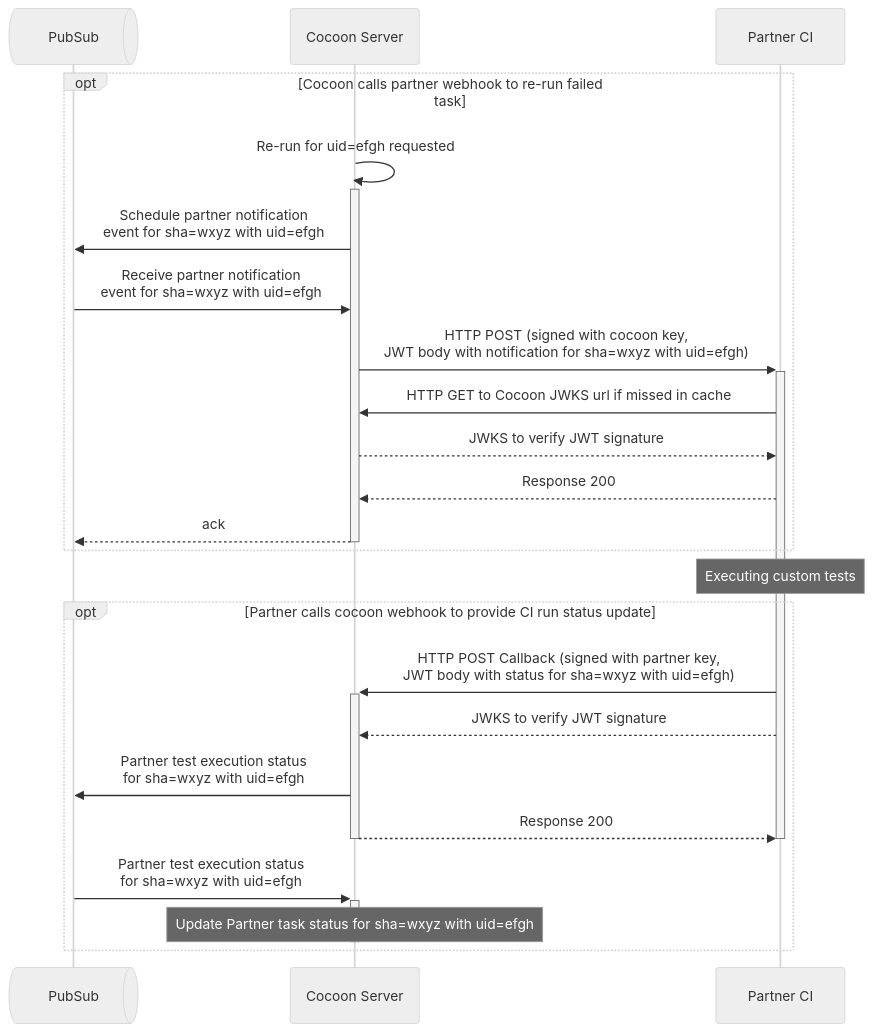
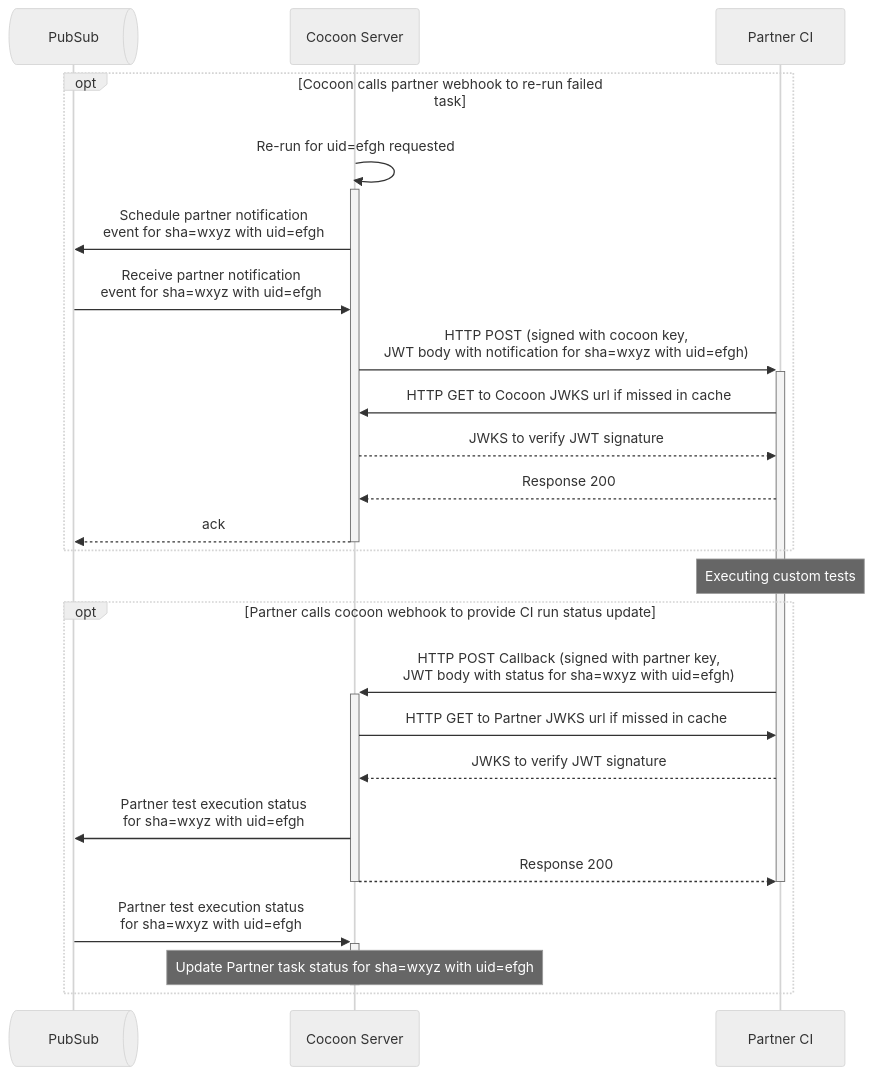
The seventh of 9 diagrams in rfc/610.0000-flutter-pluggable-ci.md (flutter/rfc), drawn with Mermaid (neutral theme) before and after one commit. The commit also changed other lines of this file, not shown here.

````diff
--- a/rfc/610.0000-flutter-pluggable-ci.md
+++ b/rfc/610.0000-flutter-pluggable-ci.md
@@ -229,31 +229,32 @@
 ```mermaid
 sequenceDiagram
     participant PubSub@{"type":"queue"}
     participant Cocoon as Cocoon Server
     participant Partner as Partner CI
 
     opt Cocoon calls partner webhook to re-run failed task
         Cocoon->>+Cocoon: Re-run for uid=efgh requested
         Cocoon->>PubSub: Schedule partner notification<br/>event for sha=wxyz with uid=efgh
         PubSub->>Cocoon: Receive partner notification<br/>event for sha=wxyz with uid=efgh
         Cocoon->>+Partner: HTTP POST (signed with cocoon key,<br/>JWT body with notification for sha=wxyz with uid=efgh)
         Partner->>Cocoon: HTTP GET to Cocoon JWKS url if missed in cache
         Cocoon-->>Partner: JWKS to verify JWT signature
         Partner-->>Cocoon: Response 200
         Cocoon-->>-PubSub: ack
     end
 
     Note over Partner: Executing custom tests
 
     opt Partner calls cocoon webhook to provide CI run status update
         Partner->>+Cocoon: HTTP POST Callback (signed with partner key,<br/>JWT body with status for sha=wxyz with uid=efgh)
+        Cocoon->>Partner: HTTP GET to Partner JWKS url if missed in cache
         Partner-->>Cocoon: JWKS to verify JWT signature
         Cocoon->>PubSub: Partner test execution status<br/>for sha=wxyz with uid=efgh
         Cocoon-->>-Partner: Response 200
         deactivate Partner
 
         PubSub->>+Cocoon: Partner test execution status<br/>for sha=wxyz with uid=efgh
         Note over Cocoon: Update Partner task status for sha=wxyz with uid=efgh
         deactivate Cocoon
     end
 ```
````
